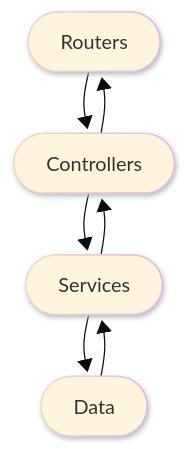
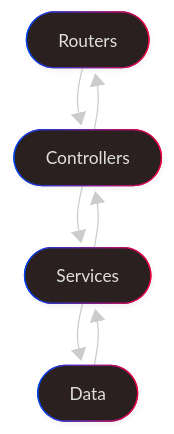
The diagram in docs/arquitectura.md (Markonav/proyectoProgramacion), drawn with Mermaid before and after one commit.

Commit message:
docs: actualizar archivo

````diff
--- a/docs/arquitectura.md
+++ b/docs/arquitectura.md
@@ -6,12 +6,12 @@
 ```mermaid
 ---
 config:
-  theme: base
+  theme: neo-dark
   look: neo
 ---
 flowchart TD
     A(["Routers"]) --> B(["Controllers"])
     B --> A & C(["Services"])
     C --> B & D(["Data"])
     D --> C
 ```
````
